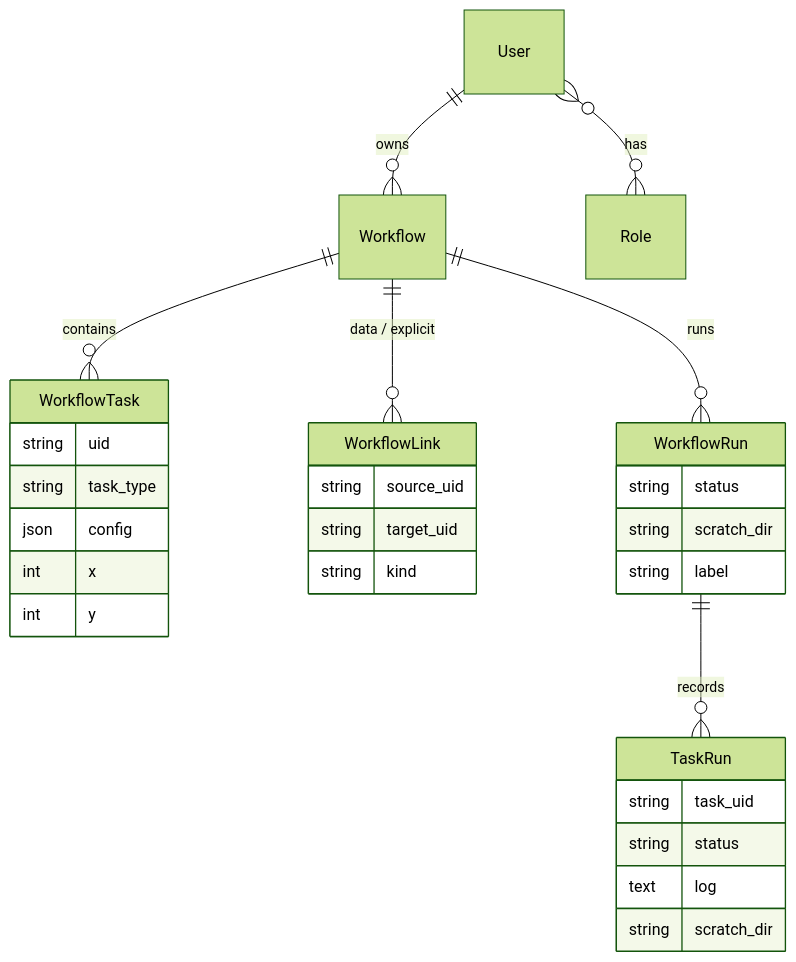
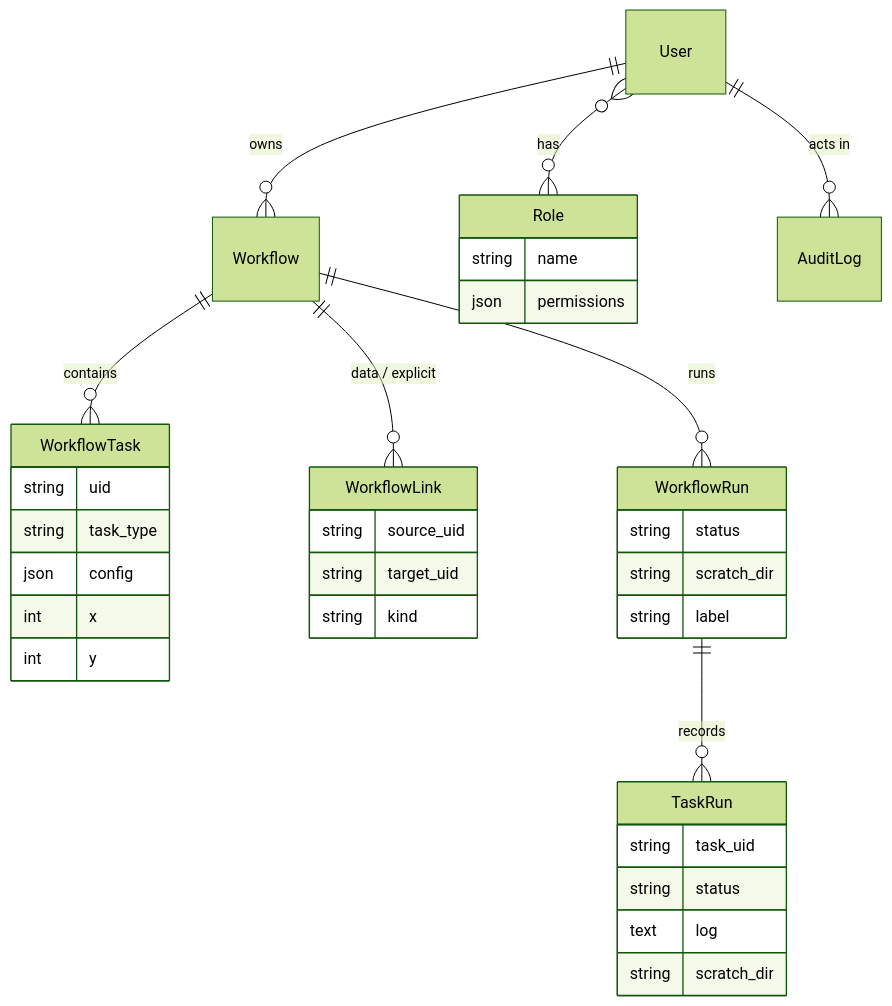
Before and after one commit to DagOnStar/DAGonWeb: the fourth of 4 diagrams in README.md, drawn with Mermaid (forest theme). The commit also changed other lines of this file and 82 other files, not shown here.

````diff
--- a/README.md
+++ b/README.md
@@ -147,13 +161,15 @@
 ```mermaid
 erDiagram
     User ||--o{ Workflow : owns
     User }o--o{ Role : has
+    User ||--o{ AuditLog : "acts in"
+    Role { string name json permissions }
     Workflow ||--o{ WorkflowTask : contains
     Workflow ||--o{ WorkflowLink : "data / explicit"
     Workflow ||--o{ WorkflowRun : runs
     WorkflowRun ||--o{ TaskRun : records
     WorkflowLink { string source_uid string target_uid string kind }
     WorkflowTask { string uid string task_type json config int x int y }
     WorkflowRun { string status string scratch_dir string label }
     TaskRun { string task_uid string status text log string scratch_dir }
 ```
````
